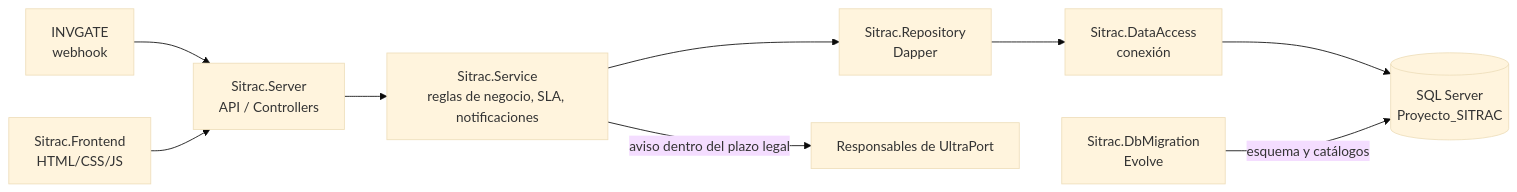
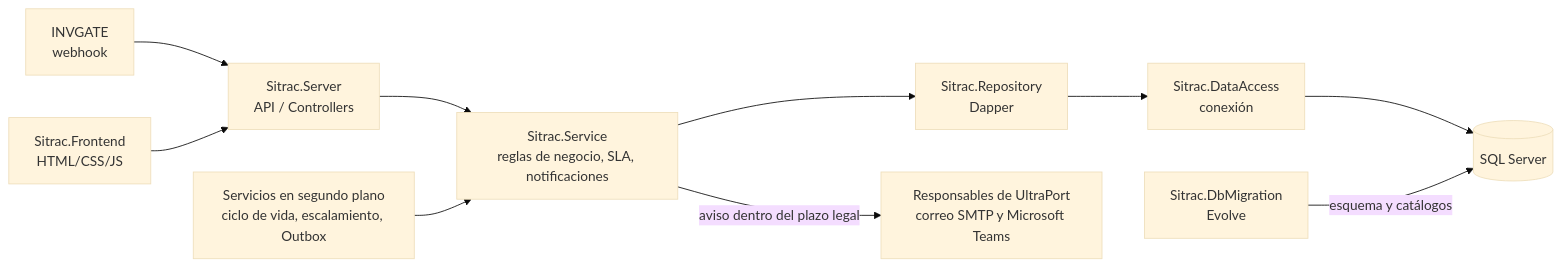
Before and after one commit to gasparin2702/Capstone-Soto-Ayala: the diagram in README.md, drawn with Mermaid (base theme). The commit also changed other lines of this file and 1 other file, not shown here.

````diff
--- a/README.md
+++ b/README.md
@@ -104,11 +104,12 @@
 ```mermaid
 flowchart LR
     A[INVGATE<br/>webhook] --> B[Sitrac.Server<br/>API / Controllers]
+    H[Sitrac.Frontend<br/>HTML/CSS/JS] --> B
     B --> C[Sitrac.Service<br/>reglas de negocio, SLA, notificaciones]
+    BG[Servicios en segundo plano<br/>ciclo de vida, escalamiento, Outbox] --> C
     C --> D[Sitrac.Repository<br/>Dapper]
     D --> E[Sitrac.DataAccess<br/>conexión]
-    E --> F[(SQL Server<br/>Proyecto_SITRAC)]
+    E --> F[(SQL Server)]
     G[Sitrac.DbMigration<br/>Evolve] -->|esquema y catálogos| F
-    H[Sitrac.Frontend<br/>HTML/CSS/JS] --> B
-    C -->|aviso dentro del plazo legal| I[Responsables de UltraPort]
+    C -->|aviso dentro del plazo legal| I[Responsables de UltraPort<br/>correo SMTP y Microsoft Teams]
 ```
````
